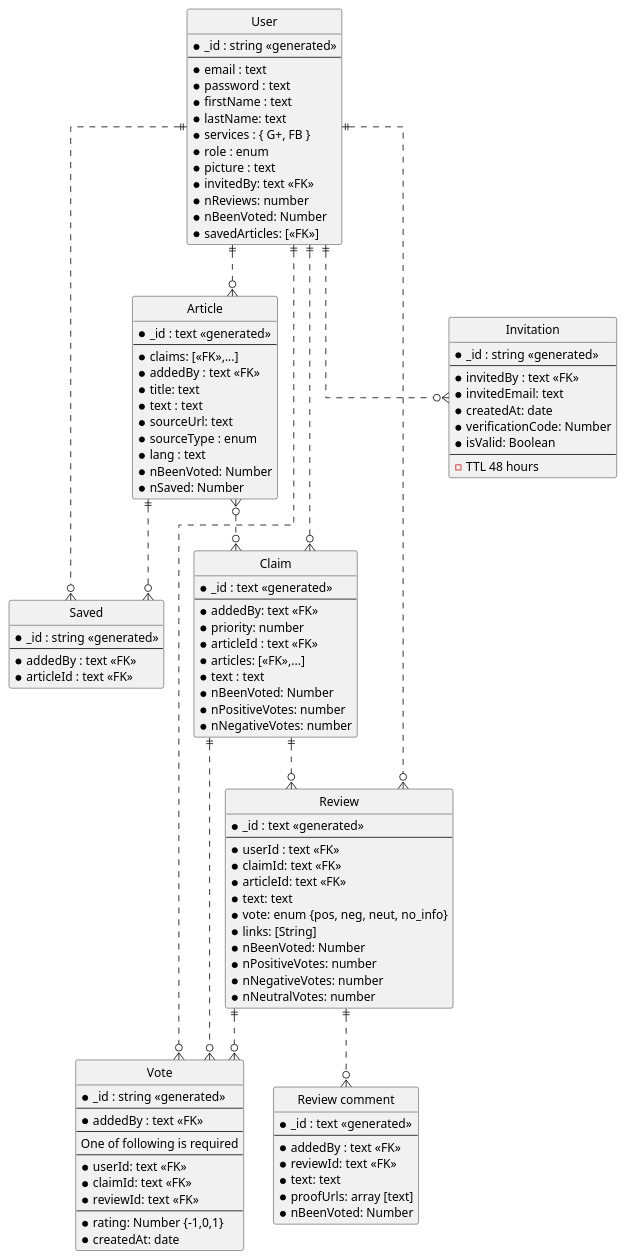
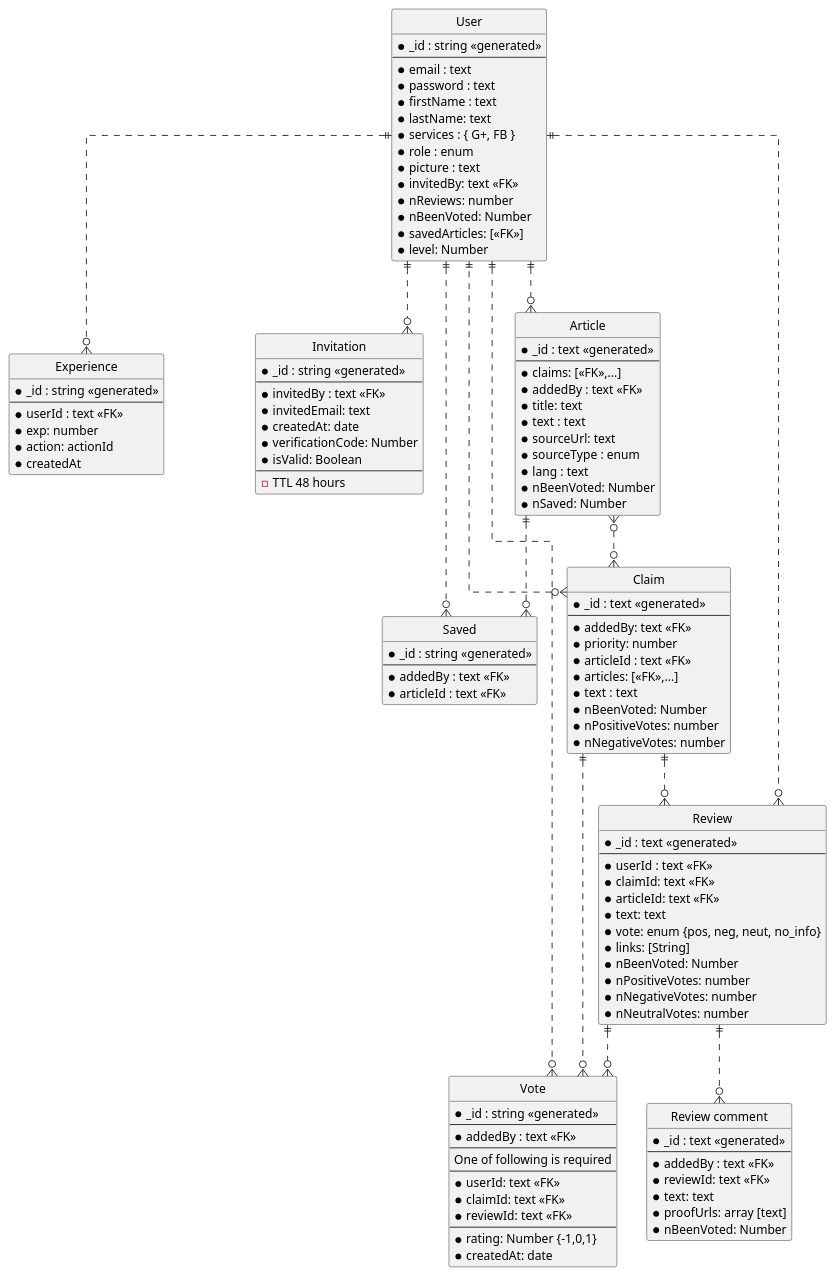
One commit to aic-factcheck/fact_checking_be changed the diagram in sys_docs/entity_relations.puml. Above: the diagram before and after it, drawn with PlantUML. The commit also changed 12 other files, not shown here.

```diff
--- a/sys_docs/entity_relations.puml
+++ b/sys_docs/entity_relations.puml
@@ -1,126 +1,137 @@
 @startuml Entity relations
 ' hide the spot
 hide circle
 
 ' avoid problems with angled crows feet
 skinparam linetype ortho
 
 entity "User" as user {
   *_id : string <<generated>>
   --
   *email : text
   *password : text
   *firstName : text
   *lastName: text
   *services : { G+, FB }
   *role : enum
   *picture : text
   *invitedBy: text <<FK>>
   *nReviews: number
   *nBeenVoted: Number
   *savedArticles: [<<FK>>]
+  *level: Number
+}
+
+entity "Experience" as exp {
+  *_id : string <<generated>>
+  --
+  *userId : text <<FK>>
+  *exp: number
+  *action: actionId
+  *createdAt
 }
 
 entity "Saved" as saved {
   *_id : string <<generated>>
   --
   *addedBy : text <<FK>>
   *articleId : text <<FK>>
 }
 
 entity "Invitation" as inv {
   *_id : string <<generated>>
   --
   *invitedBy : text <<FK>>
   *invitedEmail: text
   *createdAt: date
   *verificationCode: Number
   *isValid: Boolean
   --
   - TTL 48 hours
 }
 
 entity "Vote" as vote {
   *_id : string <<generated>>
   --
   *addedBy : text <<FK>>
   --
   One of following is required
   --
   *userId: text <<FK>>
   ' *articleId: text <<FK>>
   *claimId: text <<FK>>
   *reviewId: text <<FK>>
   --
   ' *text: Text
   *rating: Number {-1,0,1}
   *createdAt: date
 }
 
 entity "Article" as article {
   *_id : text <<generated>>
   --
   *claims: [<<FK>>,...]
   *addedBy : text <<FK>>
   *title: text
   *text : text
   *sourceUrl: text
   *sourceType : enum
   *lang : text
   *nBeenVoted: Number
   *nSaved: Number
 }
 
 entity "Claim" as claim {
   *_id : text <<generated>>
   --
   *addedBy: text <<FK>>
   *priority: number
   *articleId : text <<FK>>
   *articles: [<<FK>>,...]
   *text : text
   *nBeenVoted: Number
   *nPositiveVotes: number
   *nNegativeVotes: number
 }
 
 entity "Review" as review {
   *_id : text <<generated>>
   --
   *userId : text <<FK>>
   *claimId: text <<FK>>
   *articleId: text <<FK>>
   *text: text
   *vote: enum {pos, neg, neut, no_info}
   *links: [String]
   *nBeenVoted: Number
   *nPositiveVotes: number
   *nNegativeVotes: number
   *nNeutralVotes: number
 }
 
 entity "Review comment" as reviewComment {
   *_id : text <<generated>>
   --
   *addedBy : text <<FK>>
   *reviewId: text <<FK>>
   *text: text
   *proofUrls: array [text] 
   *nBeenVoted: Number
 }
 
 user ||..o{ article
 user ||..o{ inv
 user ||..o{ saved
 user ||..o{ vote
+user ||..o{ exp
 article }o..o{ claim
 article ||..o{ saved
 ' article ||..o{ vote
 user ||..o{ review
 ' user ||..o{ vote
 claim ||..o{ review
 claim }o..|| user
 claim ||..o{ vote
 review ||..o{ reviewComment
 review ||..o{ vote
 @enduml
```
